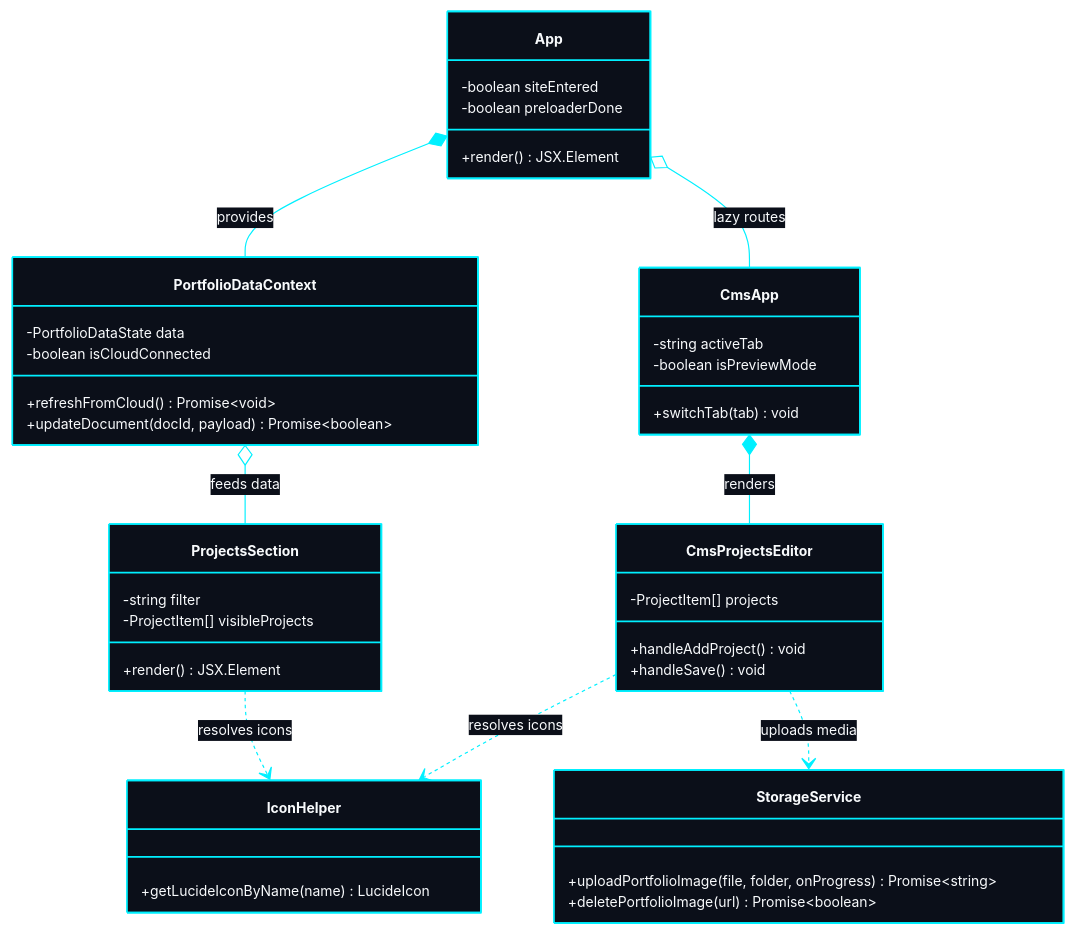
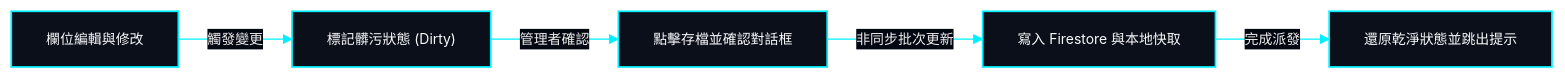
One commit to EricXJason/my-portfolio-website changed the second of 3 diagrams in README.md. Above: the diagram before and after it, drawn with Mermaid. The commit also changed other lines of this file, not shown here.

Commit message:
docs: align production readme with latest architecture and tech HUD

````diff
--- a/README.md
+++ b/README.md
@@ -100,73 +118,34 @@
 ```mermaid
 %%{init: {
   'theme': 'base',
   'themeVariables': {
     'darkMode': true,
     'background': '#030712',
     'mainBkg': '#0b0f19',
     'nodeBorder': '#00f0ff',
     'textColor': '#f8fafc',
     'lineColor': '#00f0ff',
+    'clusterBkg': '#060a14',
+    'clusterBorder': '#1e293b',
+    'titleColor': '#00f0ff',
     'edgeLabelBackground': '#030712',
     'fontSize': '12px'
+  },
+  'flowchart': {
+    'curve': 'linear'
   }
 }}%%
-classDiagram
-    direction TB
+flowchart LR
+    classDef hudCard fill:#0b0f19,stroke:#00f0ff,stroke-width:1.5px,color:#f8fafc;
 
-    class App {
-        -boolean siteEntered
-        -boolean preloaderDone
-        +render() JSX.Element
-    }
+    Edit["欄位編輯與修改"]:::hudCard
+    Guard["標記髒污狀態 (Dirty)"]:::hudCard
+    Confirm["點擊存檔並確認對話框"]:::hudCard
+    WriteCloud["寫入 Firestore 與本地快取"]:::hudCard
+    Done["還原乾淨狀態並跳出提示"]:::hudCard
 
-    class PortfolioDataContext {
-        -PortfolioDataState data
-        -boolean isCloudConnected
-        +refreshFromCloud() Promise~void~
-        +updateDocument(docId, payload) Promise~boolean~
-    }
-
-    class StorageService {
-        +uploadPortfolioImage(file, folder, onProgress) Promise~string~
-        +deletePortfolioImage(url) Promise~boolean~
-    }
-
-    class IconHelper {
-        +getLucideIconByName(name) LucideIcon
-    }
-
-    class ProjectsSection {
-        -string filter
-        -ProjectItem[] visibleProjects
-        +render() JSX.Element
-    }
-
-    class CmsApp {
-        -string activeTab
-        -boolean isPreviewMode
-        +switchTab(tab) void
-    }
-
-    class CmsProjectsEditor {
-        -ProjectItem[] projects
-        +handleAddProject() void
-        +handleSave() void
-    }
-
-    App *-- PortfolioDataContext : provides
-    PortfolioDataContext o-- ProjectsSection : feeds data
-    App o-- CmsApp : lazy routes
-    CmsApp *-- CmsProjectsEditor : renders
-    CmsProjectsEditor ..> StorageService : uploads media
-    ProjectsSection ..> IconHelper : resolves icons
-    CmsProjectsEditor ..> IconHelper : resolves icons
-
-    style App fill:#0b0f19,stroke:#00f0ff,stroke-width:1.5px,color:#f8fafc
-    style PortfolioDataContext fill:#0b0f19,stroke:#00f0ff,stroke-width:1.5px,color:#f8fafc
-    style StorageService fill:#0b0f19,stroke:#00f0ff,stroke-width:1.5px,color:#f8fafc
-    style IconHelper fill:#0b0f19,stroke:#00f0ff,stroke-width:1.5px,color:#f8fafc
-    style ProjectsSection fill:#0b0f19,stroke:#00f0ff,stroke-width:1.5px,color:#f8fafc
-    style CmsApp fill:#0b0f19,stroke:#00f0ff,stroke-width:1.5px,color:#f8fafc
-    style CmsProjectsEditor fill:#0b0f19,stroke:#00f0ff,stroke-width:1.5px,color:#f8fafc
+    Edit -->|"觸發變更"| Guard
+    Guard -->|"管理者確認"| Confirm
+    Confirm -->|"非同步批次更新"| WriteCloud
+    WriteCloud -->|"完成派發"| Done
 ```
````
